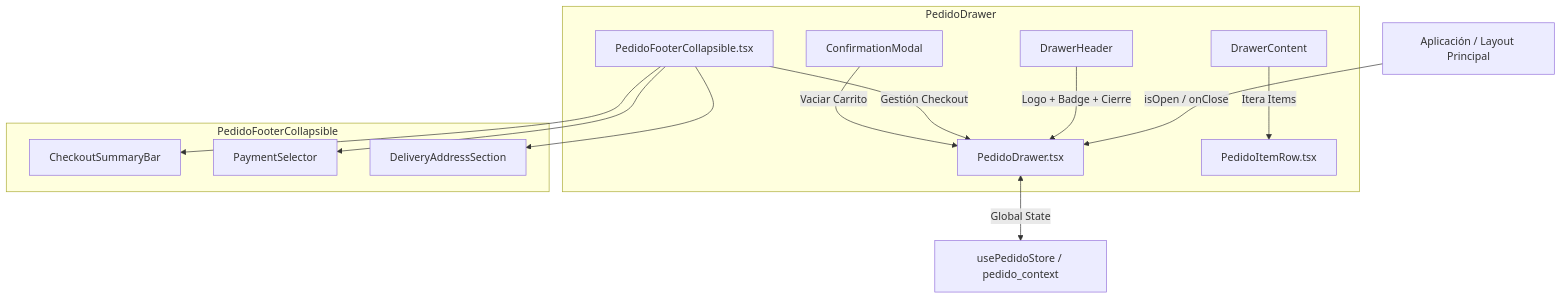
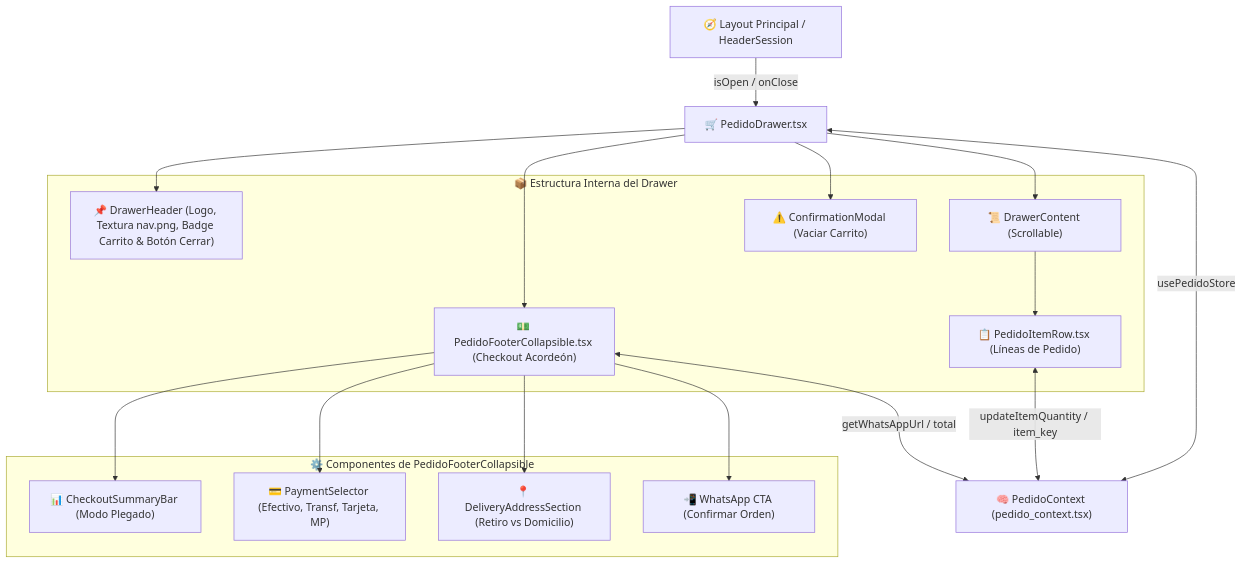
The diagram in apps/web-client/src/pages/pedido/README.md (NorthCodeUY/vet-core), drawn with Mermaid before and after one commit. The commit also changed other lines of this file and 14 other files, not shown here.

````diff
--- a/apps/web-client/src/pages/pedido/README.md
+++ b/apps/web-client/src/pages/pedido/README.md
@@ -32,19 +36,35 @@
 ```mermaid
 graph TD
-    App[Aplicación / Layout Principal] -->|isOpen / onClose| PD[PedidoDrawer.tsx]
-    
-    subgraph PedidoDrawer
-        DH[DrawerHeader] -->|Logo + Badge + Cierre| PD
-        DC[DrawerContent] -->|Itera Items| PIR[PedidoItemRow.tsx]
-        PFC[PedidoFooterCollapsible.tsx] -->|Gestión Checkout| PD
-        CM[ConfirmationModal] -->|Vaciar Carrito| PD
-    end
-    
-    subgraph PedidoFooterCollapsible
-        PFC --> CSB[CheckoutSummaryBar]
-        PFC --> PS[PaymentSelector]
-        PFC --> DAS[DeliveryAddressSection]
+    App["🧭 Layout Principal / HeaderSession"] -->|isOpen / onClose| PD["🛒 PedidoDrawer.tsx"]
+
+    subgraph DrawerInternal ["📦 Estructura Interna del Drawer"]
+        DH["📌 DrawerHeader (Logo, Textura nav.png, Badge Carrito & Botón Cerrar)"]
+        DC["📜 DrawerContent (Scrollable)"]
+        PIR["📋 PedidoItemRow.tsx (Líneas de Pedido)"]
+        PFC["💵 PedidoFooterCollapsible.tsx (Checkout Acordeón)"]
+        CM["⚠️ ConfirmationModal (Vaciar Carrito)"]
     end
 
-    PD <-->|Global State| Store[usePedidoStore / pedido_context]
+    PD --> DH
+    PD --> DC
+    DC --> PIR
+    PD --> PFC
+    PD --> CM
+
+    subgraph CollapsibleInternal ["⚙️ Componentes de PedidoFooterCollapsible"]
+        CSB["📊 CheckoutSummaryBar (Modo Plegado)"]
+        PS["💳 PaymentSelector (Efectivo, Transf, Tarjeta, MP)"]
+        DAS["📍 DeliveryAddressSection (Retiro vs Domicilio)"]
+        WPP["📲 WhatsApp CTA (Confirmar Orden)"]
+    end
+
+    PFC --> CSB
+    PFC --> PS
+    PFC --> DAS
+    PFC --> WPP
+
+    %% Conexión con el Estado Global
+    PD <-->|usePedidoStore| Store["🧠 PedidoContext (pedido_context.tsx)"]
+    PIR <-->|updateItemQuantity / item_key| Store
+    PFC <-->|getWhatsAppUrl / total| Store
 ```
````
